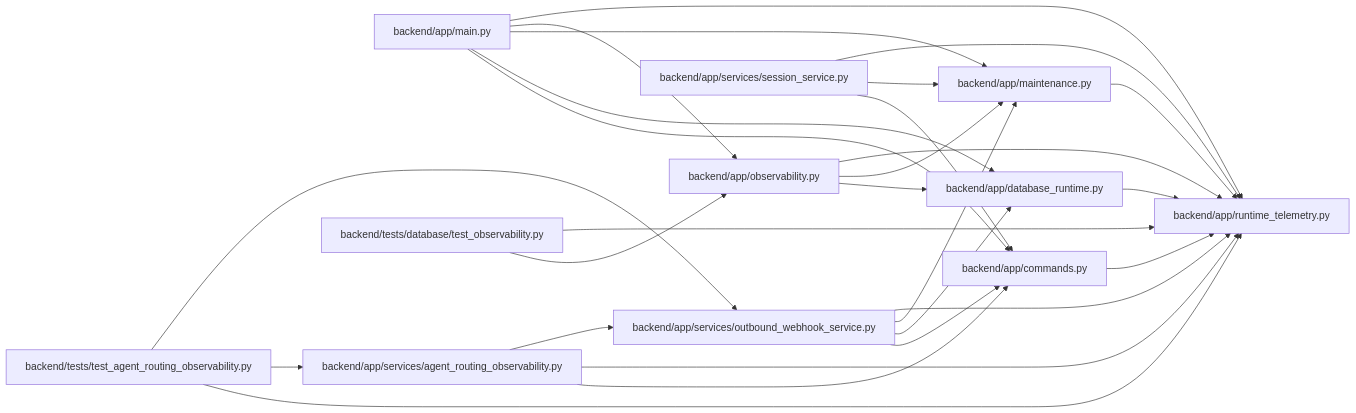
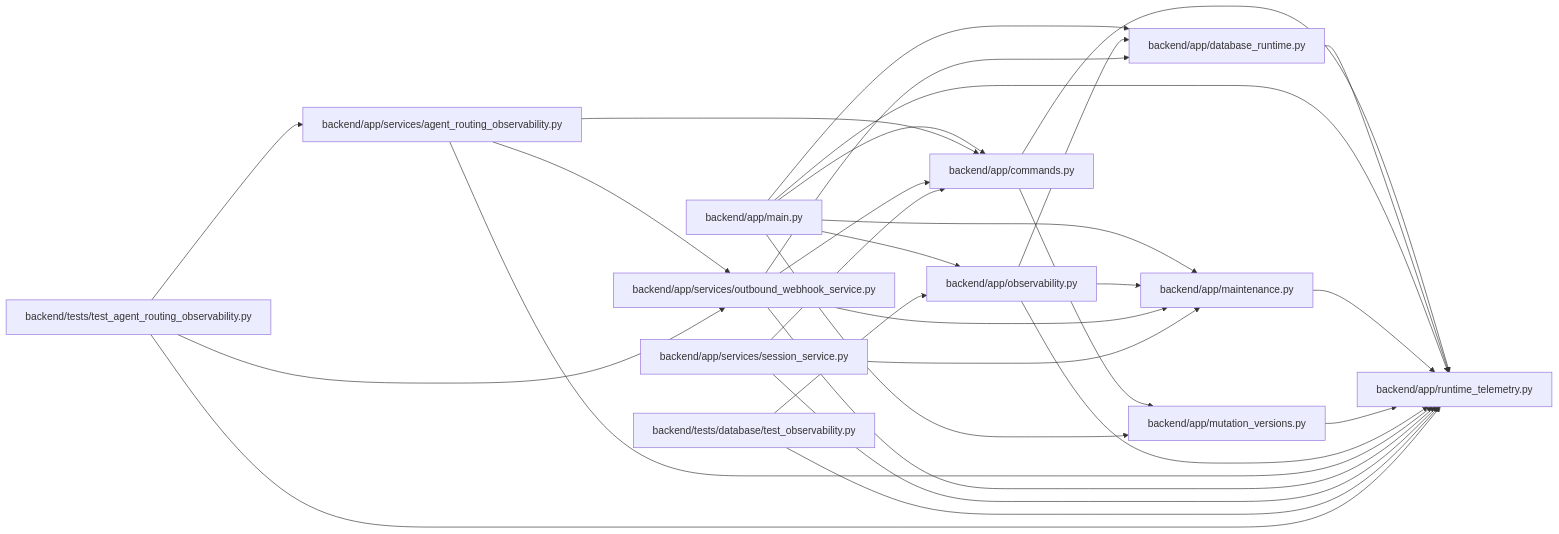
The diagram in docs/llm_wiki/modules/runtime_telemetry.md (Denissvgn/WorkChord), drawn with Mermaid before and after one commit. The commit also changed other lines of this file and 6624 other files, not shown here.

````diff
--- a/docs/llm_wiki/modules/runtime_telemetry.md
+++ b/docs/llm_wiki/modules/runtime_telemetry.md
@@ -29,51 +29,56 @@
 ```mermaid
 flowchart LR
     n0["backend/app/commands.py"]
     n1["backend/app/database_runtime.py"]
     n2["backend/app/main.py"]
     n3["backend/app/maintenance.py"]
-    n4["backend/app/observability.py"]
-    n5["backend/app/runtime_telemetry.py"]
-    n6["backend/app/services/agent_routing_observability.py"]
-    n7["backend/app/services/outbound_webhook_service.py"]
-    n8["backend/app/services/session_service.py"]
-    n9["backend/tests/database/test_observability.py"]
-    n10["backend/tests/test_agent_routing_observability.py"]
-    n0 --> n5
-    n1 --> n5
+    n4["backend/app/mutation_versions.py"]
+    n5["backend/app/observability.py"]
+    n6["backend/app/runtime_telemetry.py"]
+    n7["backend/app/services/agent_routing_observability.py"]
+    n8["backend/app/services/outbound_webhook_service.py"]
+    n9["backend/app/services/session_service.py"]
+    n10["backend/tests/database/test_observability.py"]
+    n11["backend/tests/test_agent_routing_observability.py"]
+    n0 --> n4
+    n0 --> n6
+    n1 --> n6
     n2 --> n0
     n2 --> n1
     n2 --> n3
     n2 --> n4
     n2 --> n5
-    n3 --> n5
-    n4 --> n1
-    n4 --> n3
-    n4 --> n5
-    n6 --> n0
-    n6 --> n5
-    n6 --> n7
+    n2 --> n6
+    n3 --> n6
+    n4 --> n6
+    n5 --> n1
+    n5 --> n3
+    n5 --> n6
     n7 --> n0
-    n7 --> n1
-    n7 --> n3
-    n7 --> n5
+    n7 --> n6
+    n7 --> n8
     n8 --> n0
+    n8 --> n1
     n8 --> n3
-    n8 --> n5
-    n9 --> n4
-    n9 --> n5
+    n8 --> n6
+    n9 --> n0
+    n9 --> n3
+    n9 --> n6
     n10 --> n5
     n10 --> n6
-    n10 --> n7
+    n11 --> n6
+    n11 --> n7
+    n11 --> n8
     click n0 "../modules/commands.md"
     click n1 "../modules/database_runtime.md"
     click n2 "../modules/app_main.md"
     click n3 "../modules/maintenance.md"
-    click n4 "../modules/observability.md"
-    click n5 "../modules/runtime_telemetry.md"
-    click n6 "../modules/agent_routing_observability.md"
-    click n7 "../modules/outbound_webhook_service.md"
-    click n8 "../modules/session_service.md"
-    click n9 "../modules/test_observability.md"
-    click n10 "../modules/test_agent_routing_observability.md"
+    click n4 "../modules/mutation_versions.md"
+    click n5 "../modules/observability.md"
+    click n6 "../modules/runtime_telemetry.md"
+    click n7 "../modules/agent_routing_observability.md"
+    click n8 "../modules/outbound_webhook_service.md"
+    click n9 "../modules/session_service.md"
+    click n10 "../modules/test_observability.md"
+    click n11 "../modules/test_agent_routing_observability.md"
 ```
````
